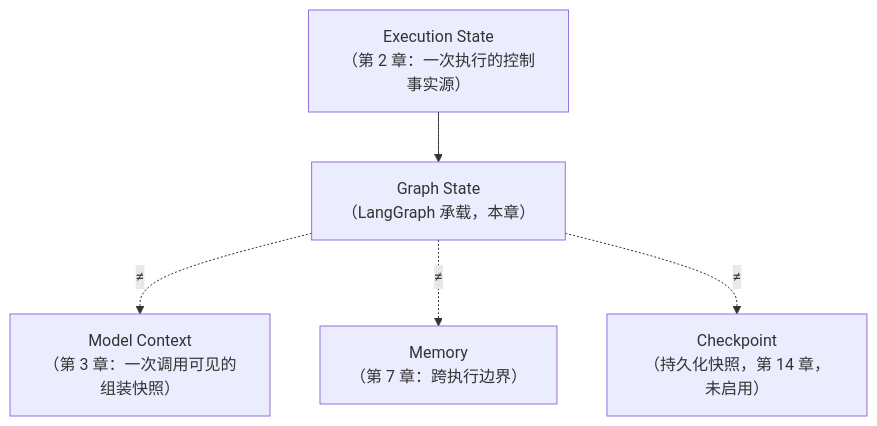
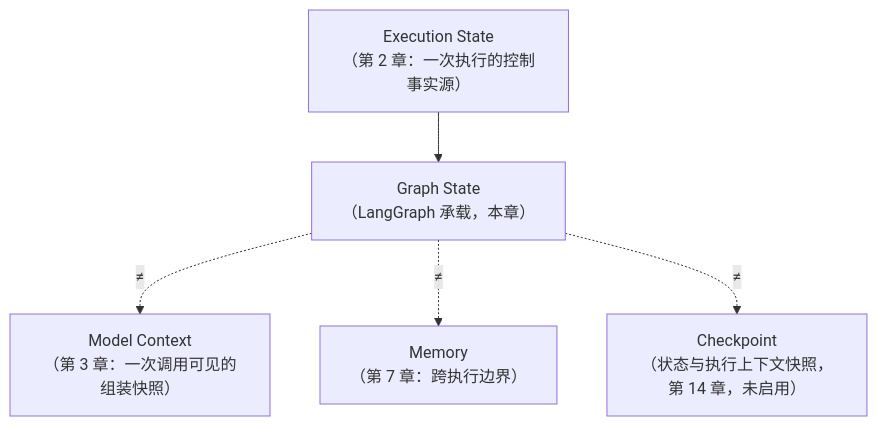
Before and after one commit to AnRun-M/enterprise-ai-agent-handbook: the fifth of 5 diagrams in docs/03-langgraph-core/ch09-graph-state.md, drawn with Mermaid. The commit also changed other lines of this file and 2 other files, not shown here.

Commit message:
docs: refine graph state schema and visibility boundaries

````diff
--- a/docs/03-langgraph-core/ch09-graph-state.md
+++ b/docs/03-langgraph-core/ch09-graph-state.md
@@ -266,7 +270,7 @@
 ```mermaid
 flowchart TD
     ES["Execution State\n（第 2 章：一次执行的控制事实源）"] --> GS["Graph State\n（LangGraph 承载，本章）"]
     GS -. "≠" .-> CTX["Model Context\n（第 3 章：一次调用可见的组装快照）"]
     GS -. "≠" .-> MEM["Memory\n（第 7 章：跨执行边界）"]
-    GS -. "≠" .-> CK["Checkpoint\n（持久化快照，第 14 章，未启用）"]
+    GS -. "≠" .-> CK["Checkpoint\n（状态与执行上下文快照，第 14 章，未启用）"]
 ```
````
